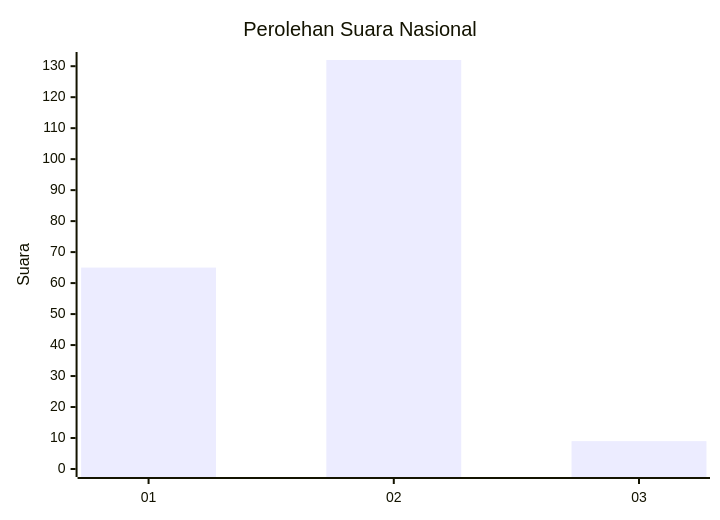
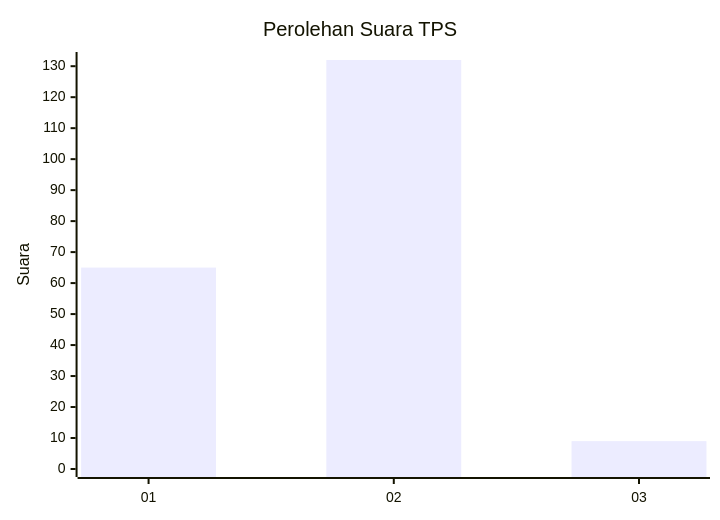
One commit to gigit-pemilu/pemilu-2024-82-maluku-utara changed the first of 2 diagrams in pilpres/hitung-suara/sub/82-maluku-utara/sub/06-halmahera-timur/sub/07-wasile-timur/sub/2006-woka-jaya/sub/002-tps/README.md. Above: the diagram before and after it, drawn with Mermaid. The commit also changed other lines of this file and 1824 other files, not shown here.

````diff
--- a/pilpres/hitung-suara/sub/82-maluku-utara/sub/06-halmahera-timur/sub/07-wasile-timur/sub/2006-woka-jaya/sub/002-tps/README.md
+++ b/pilpres/hitung-suara/sub/82-maluku-utara/sub/06-halmahera-timur/sub/07-wasile-timur/sub/2006-woka-jaya/sub/002-tps/README.md
@@ -5,7 +5,7 @@
 ```mermaid
 xychart-beta
-    title "Perolehan Suara Nasional"
+    title "Perolehan Suara TPS"
     x-axis [01, 02, 03]
     y-axis "Suara" 0 --> 132
     bar [65, 132, 9]
 ```
````
